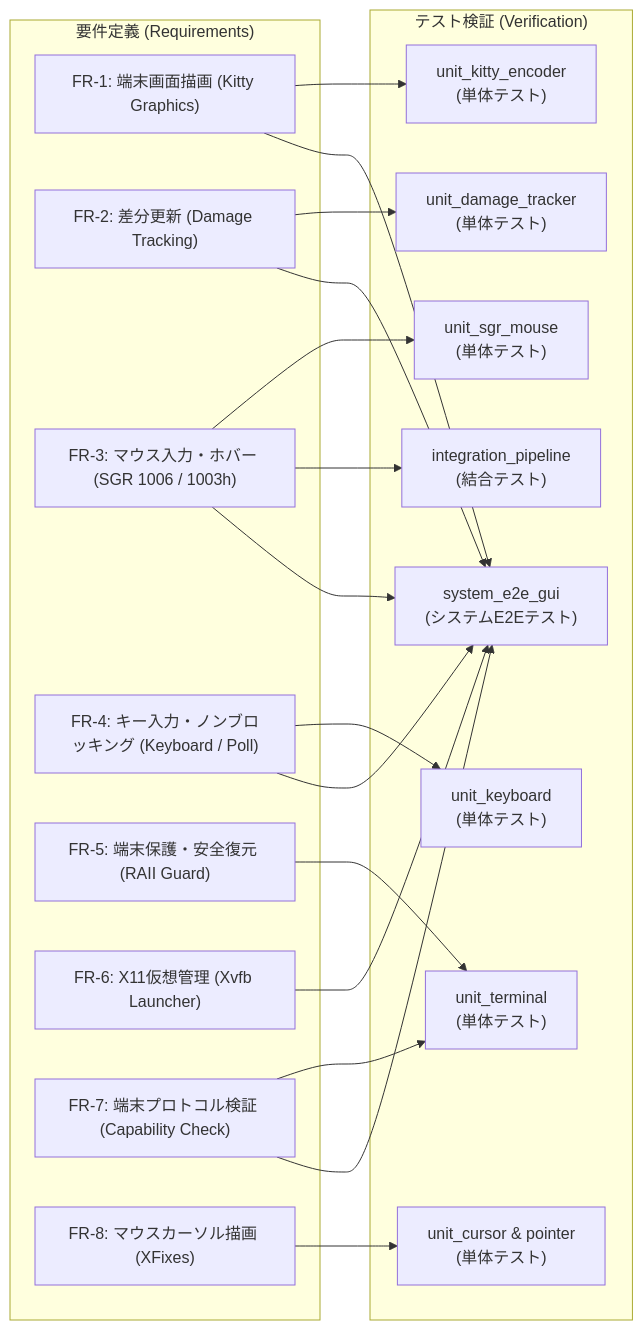
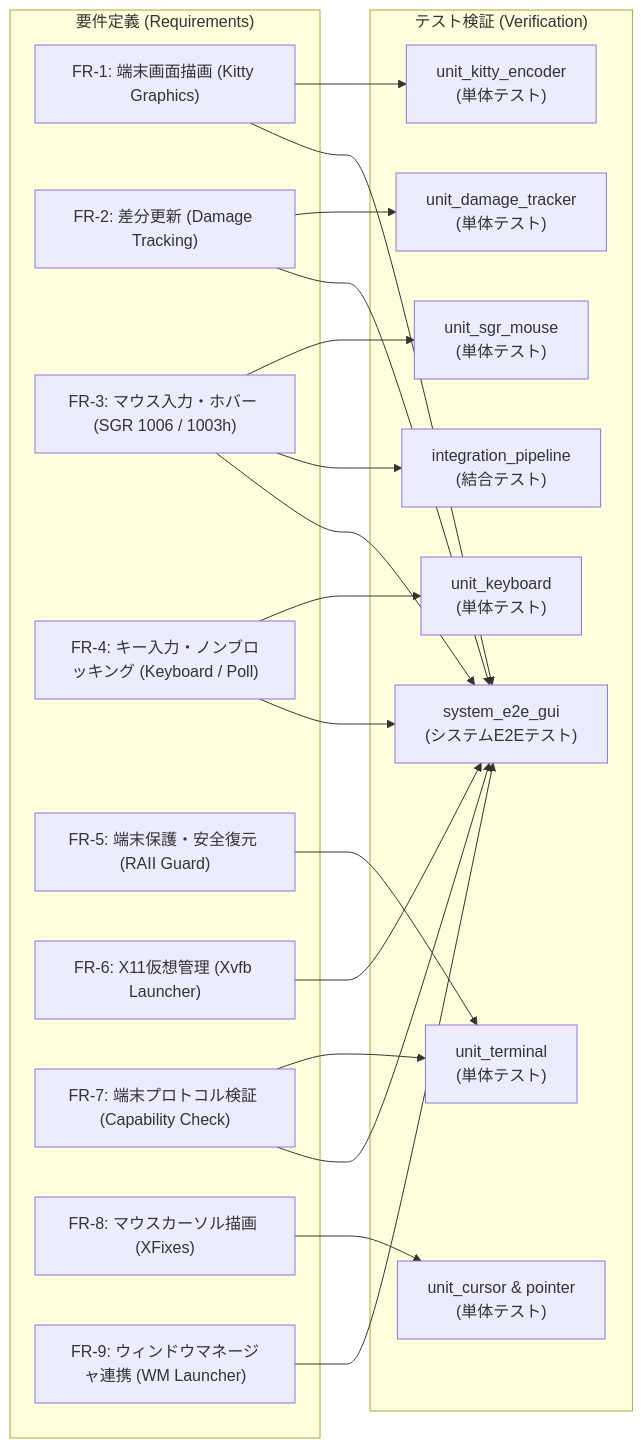
Before and after one commit to totatake/termway: the diagram in docs/V_MODEL_SPEC.md, drawn with Mermaid. The commit also changed other lines of this file and 2 other files, not shown here.

Commit message:
feat(engine): add --wm flag to launch lightweight Window Manager (openbox)

````diff
--- a/docs/V_MODEL_SPEC.md
+++ b/docs/V_MODEL_SPEC.md
@@ -9,39 +9,41 @@
 ```mermaid
 flowchart LR
     subgraph Requirements["要件定義 (Requirements)"]
         FR1["FR-1: 端末画面描画 (Kitty Graphics)"]
         FR2["FR-2: 差分更新 (Damage Tracking)"]
         FR3["FR-3: マウス入力・ホバー (SGR 1006 / 1003h)"]
         FR4["FR-4: キー入力・ノンブロッキング (Keyboard / Poll)"]
         FR5["FR-5: 端末保護・安全復元 (RAII Guard)"]
         FR6["FR-6: X11仮想管理 (Xvfb Launcher)"]
         FR7["FR-7: 端末プロトコル検証 (Capability Check)"]
         FR8["FR-8: マウスカーソル描画 (XFixes)"]
+        FR9["FR-9: ウィンドウマネージャ連携 (WM Launcher)"]
     end
 
     subgraph Verification["テスト検証 (Verification)"]
         T_Sys["system_e2e_gui<br/>(システムE2Eテスト)"]
         T_Integ["integration_pipeline<br/>(結合テスト)"]
         T_Mouse["unit_sgr_mouse<br/>(単体テスト)"]
         T_Kitty["unit_kitty_encoder<br/>(単体テスト)"]
         T_Term["unit_terminal<br/>(単体テスト)"]
         T_Damage["unit_damage_tracker<br/>(単体テスト)"]
         T_Key["unit_keyboard<br/>(単体テスト)"]
         T_Cursor["unit_cursor & pointer<br/>(単体テスト)"]
     end
 
     FR1 --> T_Kitty
     FR1 --> T_Sys
     FR2 --> T_Damage
     FR2 --> T_Sys
     FR3 --> T_Mouse
     FR3 --> T_Integ
     FR3 --> T_Sys
     FR4 --> T_Key
     FR4 --> T_Sys
     FR5 --> T_Term
     FR6 --> T_Sys
     FR7 --> T_Term
     FR7 --> T_Sys
     FR8 --> T_Cursor
+    FR9 --> T_Sys
 ```
````
